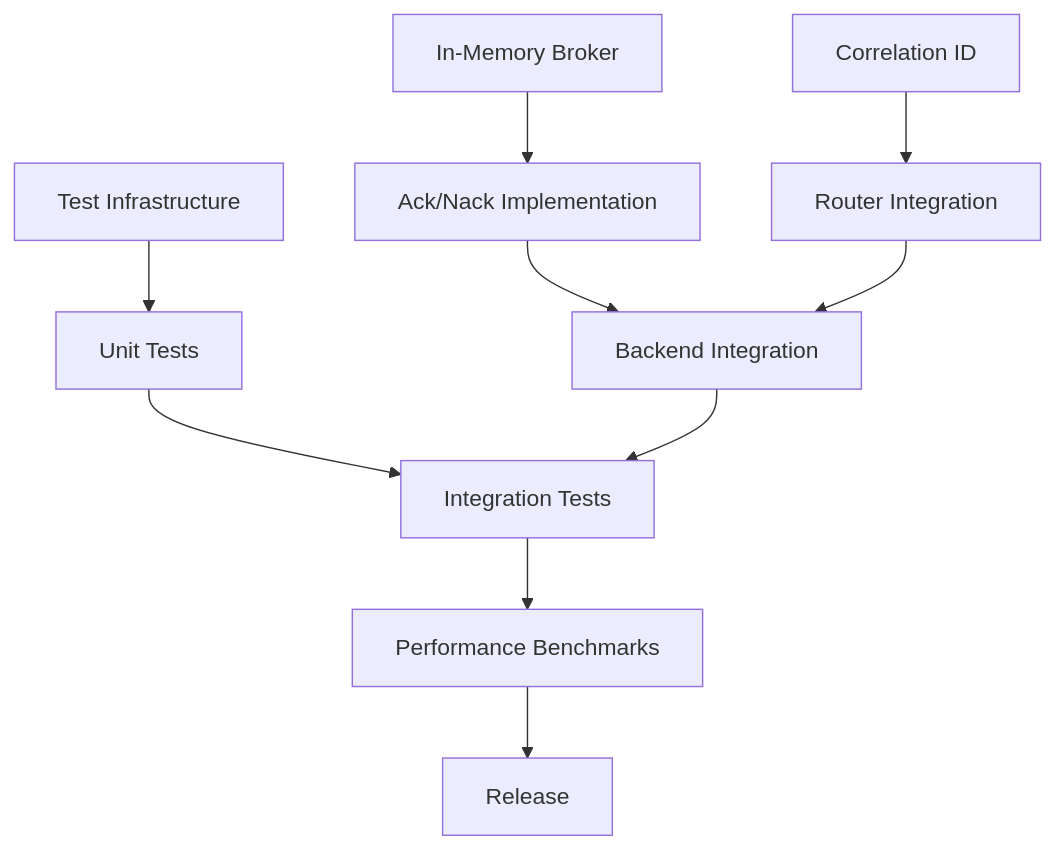
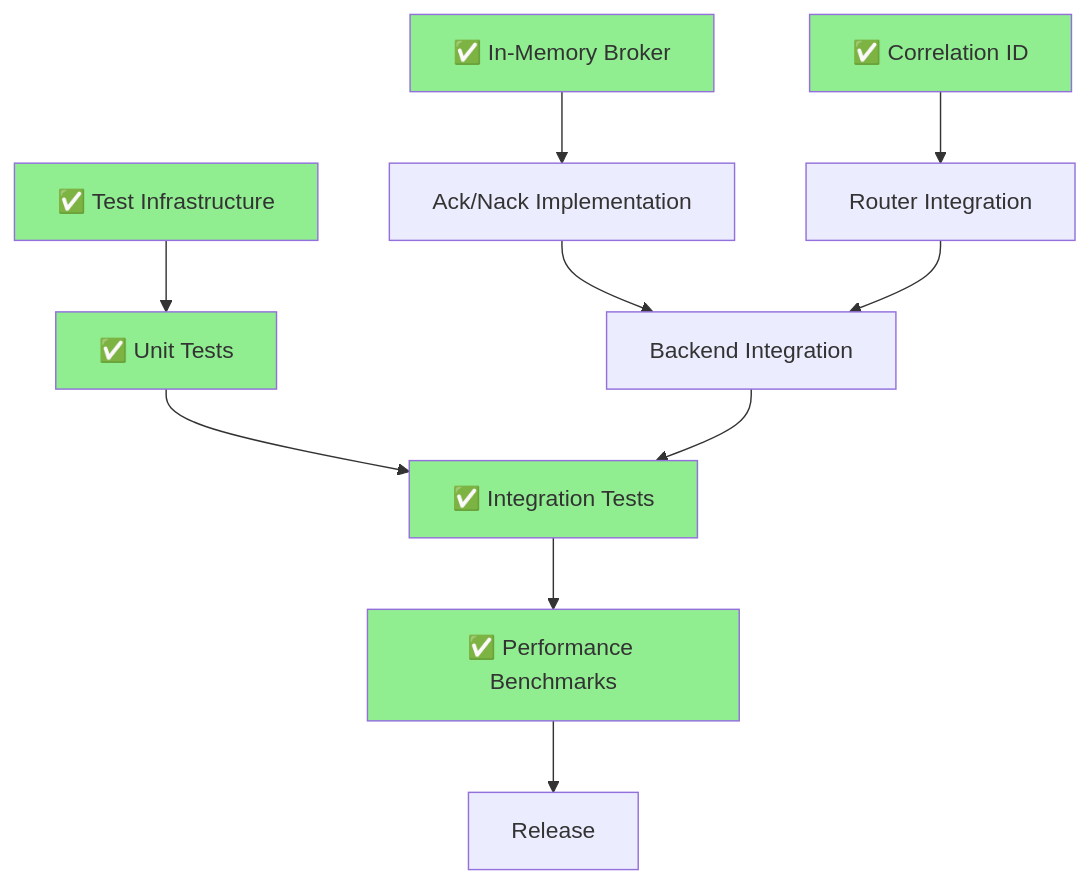
Before and after one commit to rezacute/kincir: the diagram in v02/project-tracking.md, drawn with Mermaid. The commit also changed other lines of this file and 2 other files, not shown here.

````diff
--- a/v02/project-tracking.md
+++ b/v02/project-tracking.md
@@ -85,12 +127,19 @@
 ```mermaid
 graph TD
-    A[In-Memory Broker] --> D[Ack/Nack Implementation]
-    B[Correlation ID] --> E[Router Integration]
-    C[Test Infrastructure] --> F[Unit Tests]
+    A[✅ In-Memory Broker] --> D[Ack/Nack Implementation]
+    B[✅ Correlation ID] --> E[Router Integration]
+    C[✅ Test Infrastructure] --> F[✅ Unit Tests]
     D --> G[Backend Integration]
     E --> G
-    F --> H[Integration Tests]
+    F --> H[✅ Integration Tests]
     G --> H
-    H --> I[Performance Benchmarks]
+    H --> I[✅ Performance Benchmarks]
     I --> J[Release]
+    
+    style A fill:#90EE90
+    style B fill:#90EE90
+    style C fill:#90EE90
+    style F fill:#90EE90
+    style H fill:#90EE90
+    style I fill:#90EE90
 ```
````
